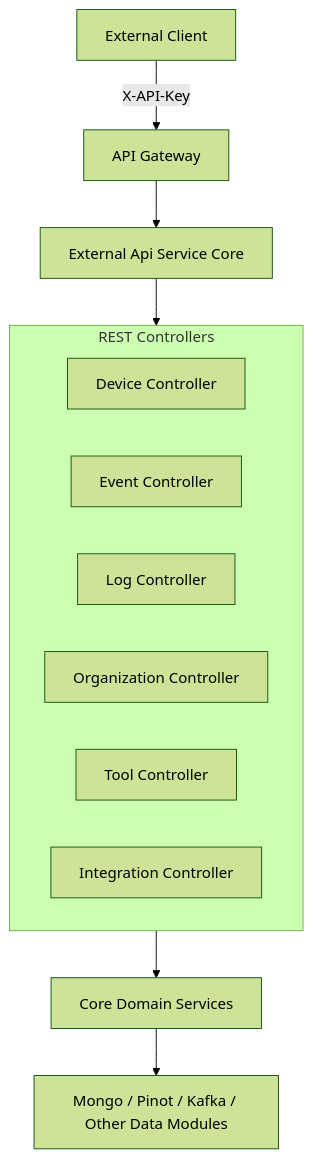
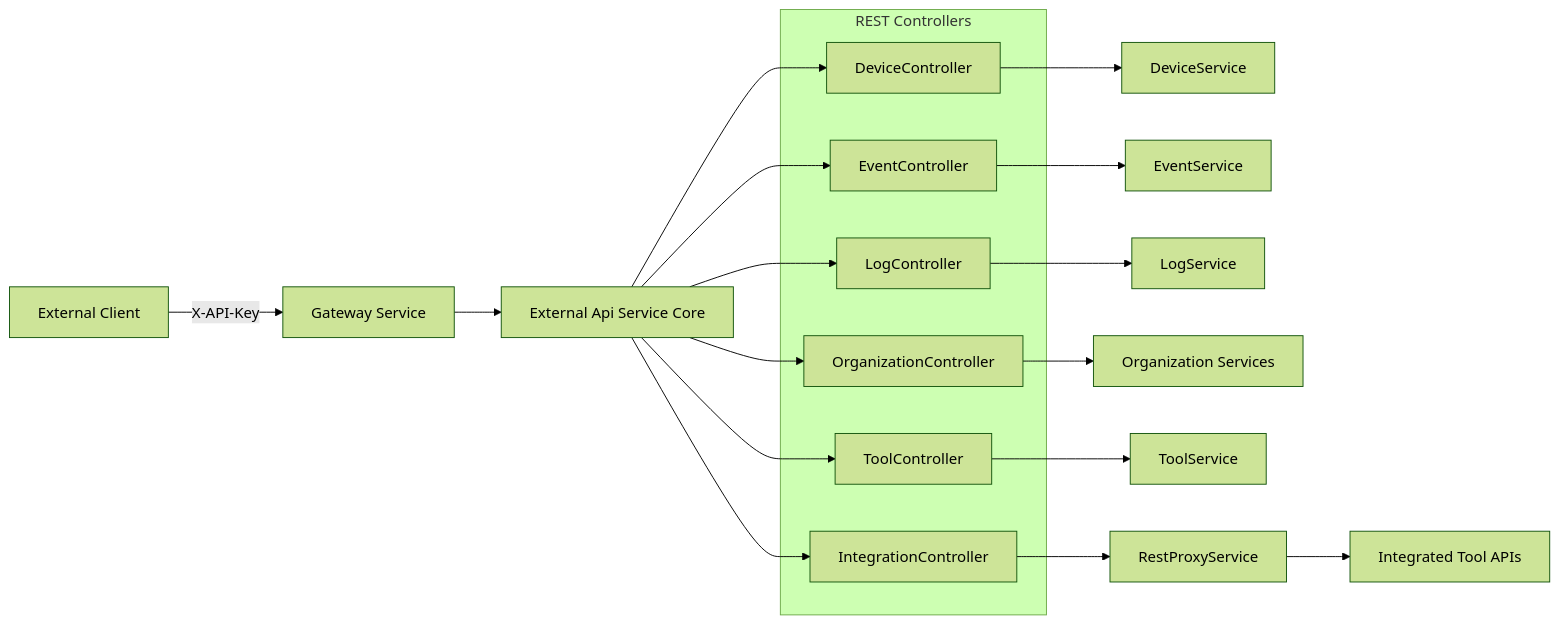
One commit to flamingo-stack/openframe-oss-lib changed the first of 6 diagrams in docs/reference/architecture/external-api-service-core/external-api-service-core.md. Above: the diagram before and after it, drawn with Mermaid (forest theme). The commit also changed other lines of this file and 212 other files, not shown here.

````diff
--- a/docs/reference/architecture/external-api-service-core/external-api-service-core.md
+++ b/docs/reference/architecture/external-api-service-core/external-api-service-core.md
@@ -42,19 +22,30 @@
 ```mermaid
-flowchart TD
-    Client["External Client"] -->|"X-API-Key"| Gateway["API Gateway"]
+flowchart LR
+    Client["External Client"] -->|"X-API-Key"| Gateway["Gateway Service"]
     Gateway --> ExternalApi["External Api Service Core"]
 
-    subgraph rest_layer["REST Controllers"]
-        DeviceController["Device Controller"]
-        EventController["Event Controller"]
-        LogController["Log Controller"]
-        OrganizationController["Organization Controller"]
-        ToolController["Tool Controller"]
-        IntegrationController["Integration Controller"]
+    subgraph controllers["REST Controllers"]
+        DeviceCtrl["DeviceController"]
+        EventCtrl["EventController"]
+        LogCtrl["LogController"]
+        OrgCtrl["OrganizationController"]
+        ToolCtrl["ToolController"]
+        IntegrationCtrl["IntegrationController"]
     end
 
-    ExternalApi --> rest_layer
+    ExternalApi --> DeviceCtrl
+    ExternalApi --> EventCtrl
+    ExternalApi --> LogCtrl
+    ExternalApi --> OrgCtrl
+    ExternalApi --> ToolCtrl
+    ExternalApi --> IntegrationCtrl
 
-    rest_layer --> DomainServices["Core Domain Services"]
-    DomainServices --> DataLayer["Mongo / Pinot / Kafka / Other Data Modules"]
+    DeviceCtrl --> DeviceService["DeviceService"]
+    EventCtrl --> EventService["EventService"]
+    LogCtrl --> LogService["LogService"]
+    OrgCtrl --> OrgServices["Organization Services"]
+    ToolCtrl --> ToolService["ToolService"]
+
+    IntegrationCtrl --> RestProxy["RestProxyService"]
+    RestProxy --> IntegratedTool["Integrated Tool APIs"]
 ```
````
